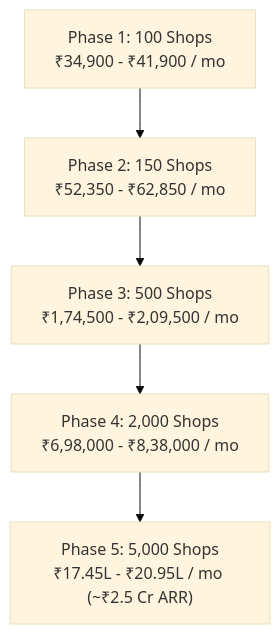
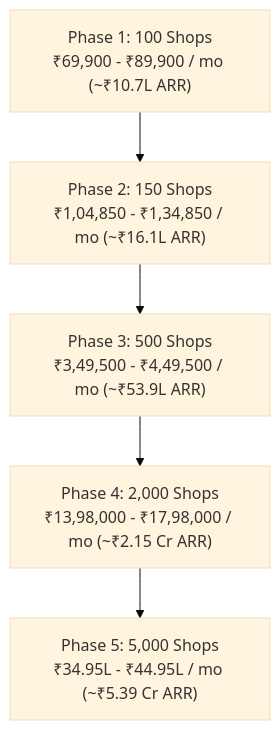
One commit to amangovindrao/passel changed the fourth of 7 diagrams in INVESTOR_PITCH_DECK.md. Above: the diagram before and after it, drawn with Mermaid (base theme). The commit also changed other lines of this file and 1 other file, not shown here.

````diff
--- a/INVESTOR_PITCH_DECK.md
+++ b/INVESTOR_PITCH_DECK.md
@@ -105,7 +108,7 @@
 ```mermaid
 graph TD
-    P1["Phase 1: 100 Shops<br/>₹34,900 - ₹41,900 / mo"] --> P2["Phase 2: 150 Shops<br/>₹52,350 - ₹62,850 / mo"]
-    P2 --> P3["Phase 3: 500 Shops<br/>₹1,74,500 - ₹2,09,500 / mo"]
-    P3 --> P4["Phase 4: 2,000 Shops<br/>₹6,98,000 - ₹8,38,000 / mo"]
-    P4 --> P5["Phase 5: 5,000 Shops<br/>₹17.45L - ₹20.95L / mo (~₹2.5 Cr ARR)"]
+    P1["Phase 1: 100 Shops<br/>₹69,900 - ₹89,900 / mo (~₹10.7L ARR)"] --> P2["Phase 2: 150 Shops<br/>₹1,04,850 - ₹1,34,850 / mo (~₹16.1L ARR)"]
+    P2 --> P3["Phase 3: 500 Shops<br/>₹3,49,500 - ₹4,49,500 / mo (~₹53.9L ARR)"]
+    P3 --> P4["Phase 4: 2,000 Shops<br/>₹13,98,000 - ₹17,98,000 / mo (~₹2.15 Cr ARR)"]
+    P4 --> P5["Phase 5: 5,000 Shops<br/>₹34.95L - ₹44.95L / mo (~₹5.39 Cr ARR)"]
 ```
````
